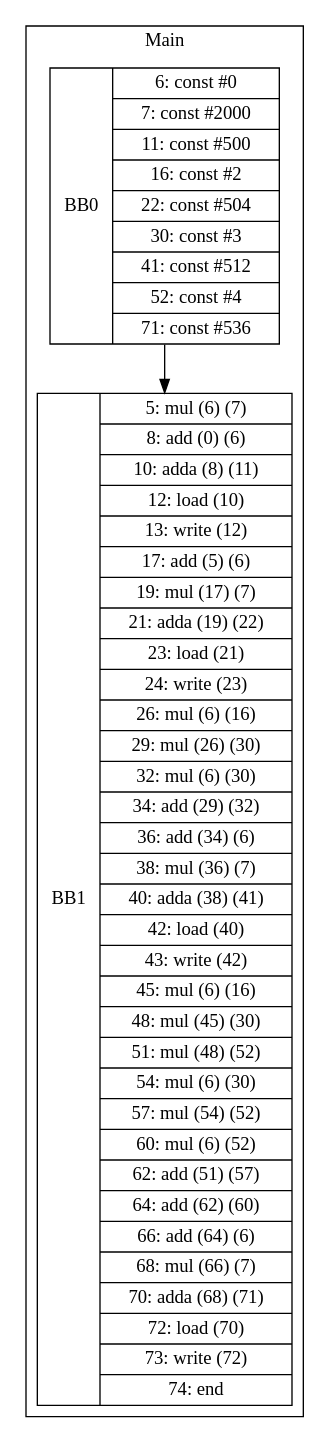
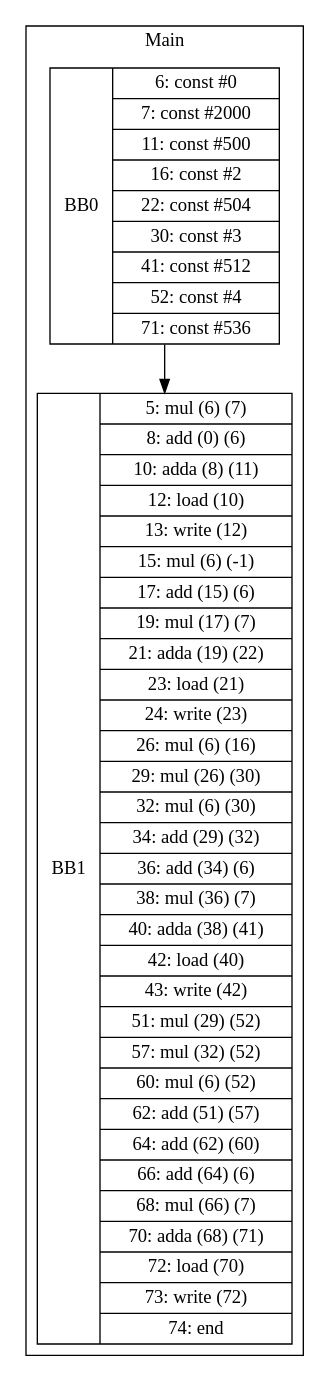
Before and after one commit to zjc664656505/UCI-CS241-Advanced-Compiler-main: the diagram in visualization/cbelem/array/array_decl.gv, drawn with Graphviz. The commit also changed 28 other files, not shown here.

```diff
--- a/visualization/cbelem/array/array_decl.gv
+++ b/visualization/cbelem/array/array_decl.gv
@@ -1,9 +1,9 @@
 digraph G {
 node [shape=record];
 subgraph cluster_main{
 label = "Main";
 BB0 [shape=record, label="<b>BB0|{6: const #0|7: const #2000|11: const #500|16: const #2|22: const #504|30: const #3|41: const #512|52: const #4|71: const #536}"];
-BB1 [shape=record, label="<b>BB1|{5: mul (6) (7)|8: add (0) (6)|10: adda (8) (11)|12: load (10)|13: write (12)|17: add (5) (6)|19: mul (17) (7)|21: adda (19) (22)|23: load (21)|24: write (23)|26: mul (6) (16)|29: mul (26) (30)|32: mul (6) (30)|34: add (29) (32)|36: add (34) (6)|38: mul (36) (7)|40: adda (38) (41)|42: load (40)|43: write (42)|45: mul (6) (16)|48: mul (45) (30)|51: mul (48) (52)|54: mul (6) (30)|57: mul (54) (52)|60: mul (6) (52)|62: add (51) (57)|64: add (62) (60)|66: add (64) (6)|68: mul (66) (7)|70: adda (68) (71)|72: load (70)|73: write (72)|74: end}"];
+BB1 [shape=record, label="<b>BB1|{5: mul (6) (7)|8: add (0) (6)|10: adda (8) (11)|12: load (10)|13: write (12)|15: mul (6) (-1)|17: add (15) (6)|19: mul (17) (7)|21: adda (19) (22)|23: load (21)|24: write (23)|26: mul (6) (16)|29: mul (26) (30)|32: mul (6) (30)|34: add (29) (32)|36: add (34) (6)|38: mul (36) (7)|40: adda (38) (41)|42: load (40)|43: write (42)|51: mul (29) (52)|57: mul (32) (52)|60: mul (6) (52)|62: add (51) (57)|64: add (62) (60)|66: add (64) (6)|68: mul (66) (7)|70: adda (68) (71)|72: load (70)|73: write (72)|74: end}"];
 }
 BB0:s -> BB1:n ;
 }
```
